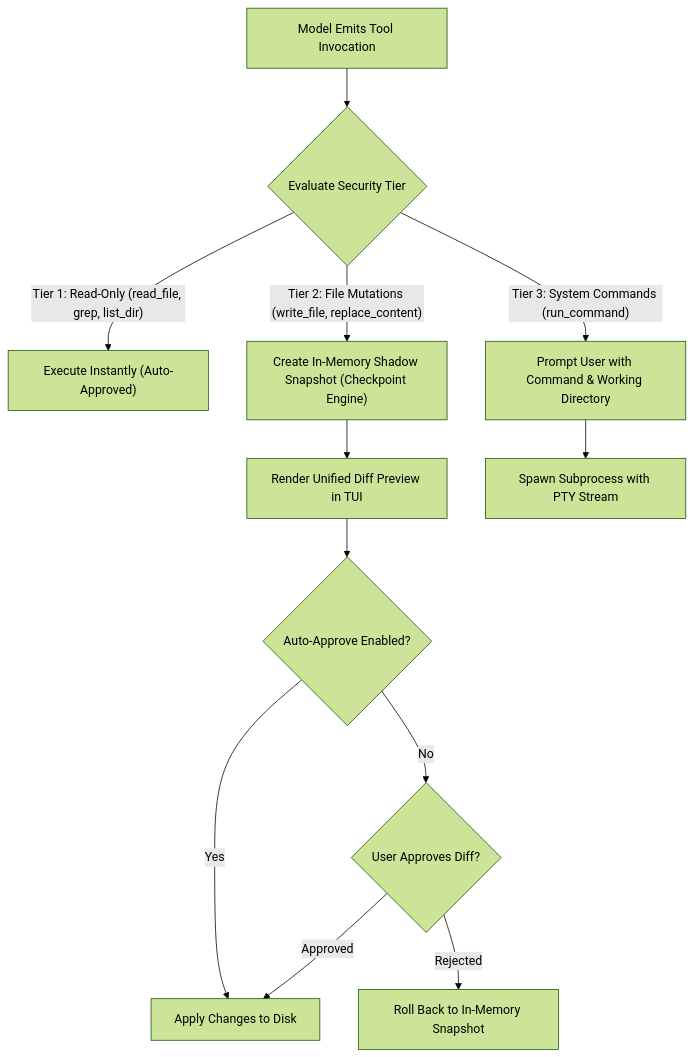
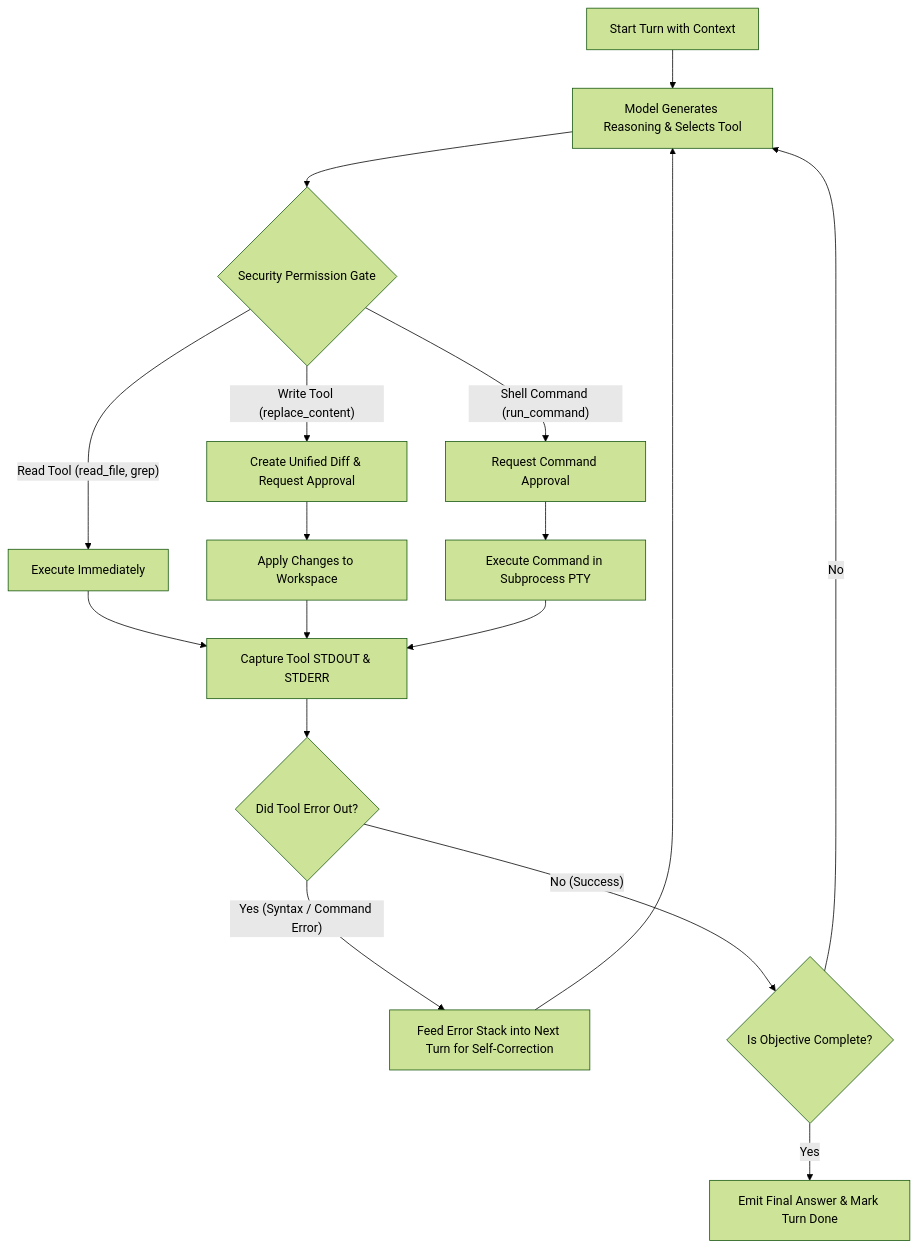
Before and after one commit to KerberoSec/KerberoSec-CLI: the fifth of 12 diagrams in README.md, drawn with Mermaid (forest theme). The commit also changed other lines of this file, not shown here.

Commit message:
expand readme with comprehensive architecture diagrams and component breakdowns

````diff
--- a/README.md
+++ b/README.md
@@ -218,17 +196,23 @@
 ```mermaid
 flowchart TD
-    ToolCall["Model Emits Tool Invocation"] --> SecurityGate{"Evaluate Security Tier"}
+    StartTurn["Start Turn with Context"] --> Reason["Model Generates Reasoning & Selects Tool"]
+    Reason --> EvaluateGate{"Security Permission Gate"}
     
-    SecurityGate -- "Tier 1: Read-Only (read_file, grep, list_dir)" --> ExecSafe["Execute Instantly (Auto-Approved)"]
+    EvaluateGate -- "Read Tool (read_file, grep)" --> ExecRead["Execute Immediately"]
+    EvaluateGate -- "Write Tool (replace_content)" --> GenerateDiff["Create Unified Diff & Request Approval"]
+    EvaluateGate -- "Shell Command (run_command)" --> ConfirmCmd["Request Command Approval"]
+
+    GenerateDiff --> ApplyDiff["Apply Changes to Workspace"]
+    ConfirmCmd --> SpawnPTY["Execute Command in Subprocess PTY"]
     
-    SecurityGate -- "Tier 2: File Mutations (write_file, replace_content)" --> Snapshot["Create In-Memory Shadow Snapshot (Checkpoint Engine)"]
-    Snapshot --> DiffView["Render Unified Diff Preview in TUI"]
-    DiffView --> ApprovalCheck{"Auto-Approve Enabled?"}
-    ApprovalCheck -- "Yes" --> ApplyDiff["Apply Changes to Disk"]
-    ApprovalCheck -- "No" --> UserPrompt{"User Approves Diff?"}
-    UserPrompt -- "Approved" --> ApplyDiff
-    UserPrompt -- "Rejected" --> Rollback["Roll Back to In-Memory Snapshot"]
+    ExecRead --> CaptureOutput["Capture Tool STDOUT & STDERR"]
+    ApplyDiff --> CaptureOutput
+    SpawnPTY --> CaptureOutput
 
-    SecurityGate -- "Tier 3: System Commands (run_command)" --> ConfirmCmd["Prompt User with Command & Working Directory"]
-    ConfirmCmd --> SpawnPTY["Spawn Subprocess with PTY Stream"]
+    CaptureOutput --> CheckError{"Did Tool Error Out?"}
+    CheckError -- "Yes (Syntax / Command Error)" --> SelfCorrect["Feed Error Stack into Next Turn for Self-Correction"]
+    SelfCorrect --> Reason
+    CheckError -- "No (Success)" --> FinalCheck{"Is Objective Complete?"}
+    FinalCheck -- "No" --> Reason
+    FinalCheck -- "Yes" --> CompleteTurn["Emit Final Answer & Mark Turn Done"]
 ```
````
